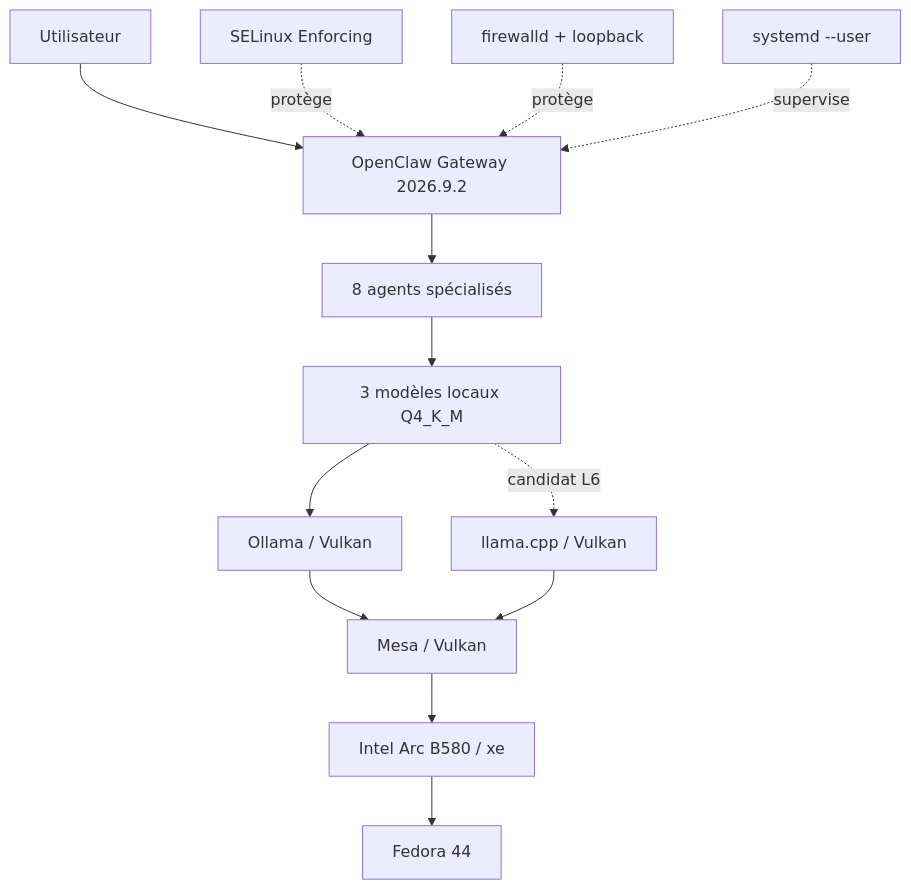
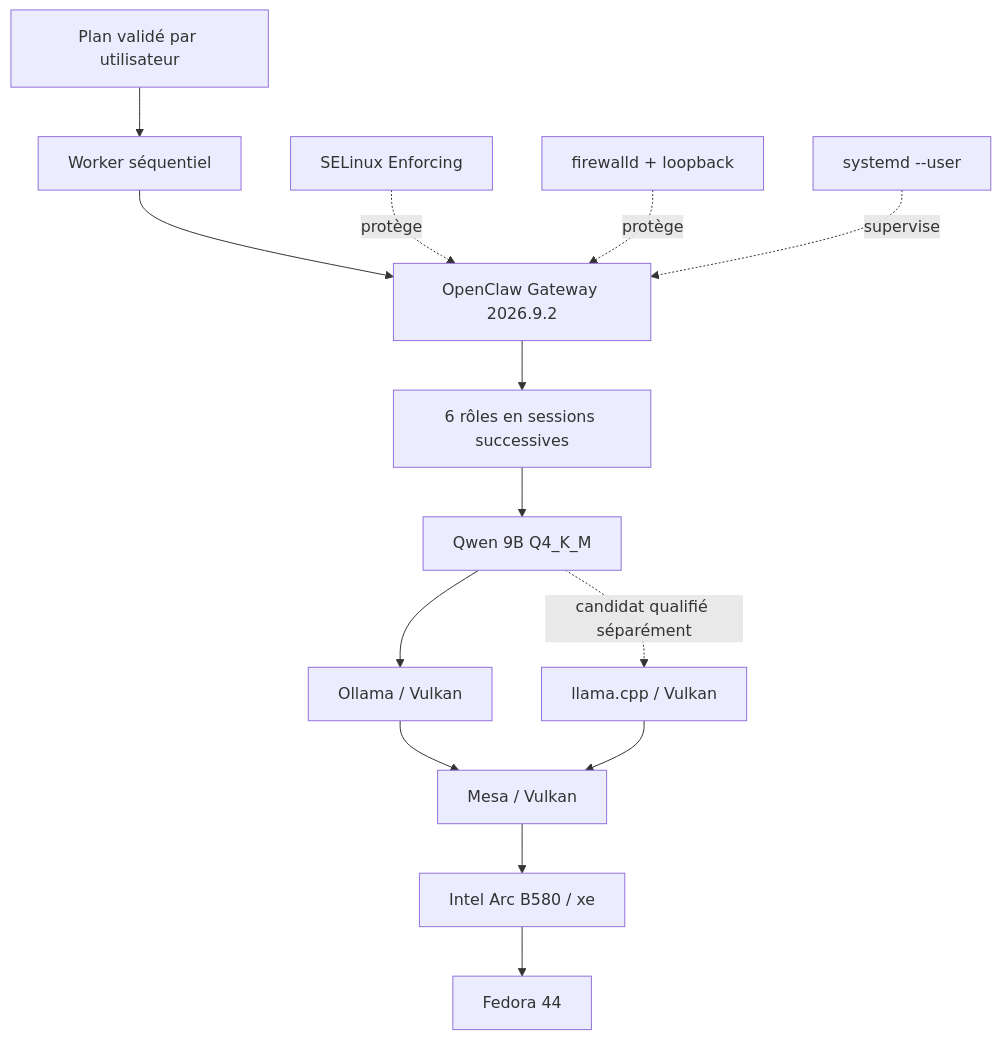
The diagram in README.md (mathiasseguincadiche/OPENCLAW_LOCAL_FEDORA), drawn with Mermaid before and after one commit. The commit also changed other lines of this file and 96 other files, not shown here.

First line of the commit message:
Adapter le profil quotidien à la B580 : six rôles et un modèle séquentiel (#18)

````diff
--- a/README.md
+++ b/README.md
@@ -51,16 +51,17 @@
 ```mermaid
 flowchart TD
-    U[Utilisateur] --> G[OpenClaw Gateway 2026.9.2]
-    G --> A[8 agents spécialisés]
-    A --> M[3 modèles locaux Q4_K_M]
+    U[Plan validé par utilisateur] --> W1[Worker séquentiel]
+    W1 --> G[OpenClaw Gateway 2026.9.2]
+    G --> A[6 rôles en sessions successives]
+    A --> M[Qwen 9B Q4_K_M]
     M --> O[Ollama / Vulkan]
-    M -. candidat L6 .-> L[llama.cpp / Vulkan]
+    M -. candidat qualifié séparément .-> L[llama.cpp / Vulkan]
     O --> V[Mesa / Vulkan]
     L --> V
     V --> X[Intel Arc B580 / xe]
     X --> F[Fedora 44]
 
     S[SELinux Enforcing] -. protège .-> G
     W[firewalld + loopback] -. protège .-> G
     Y[systemd --user] -. supervise .-> G
 ```
````
